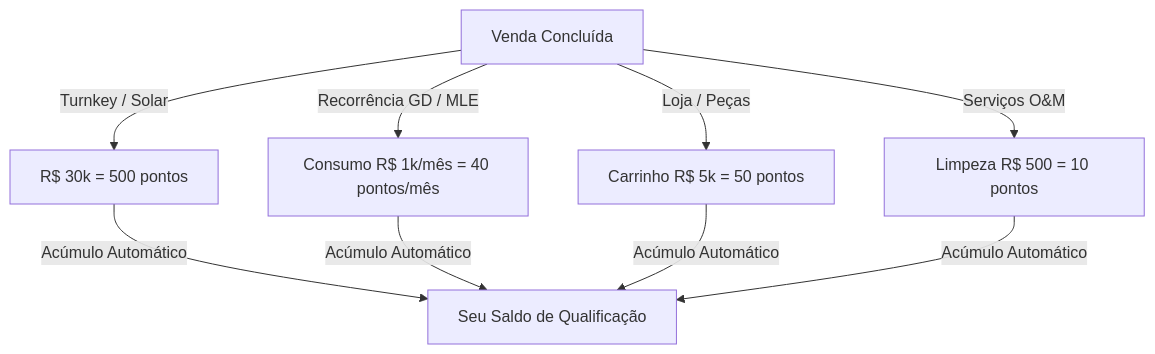
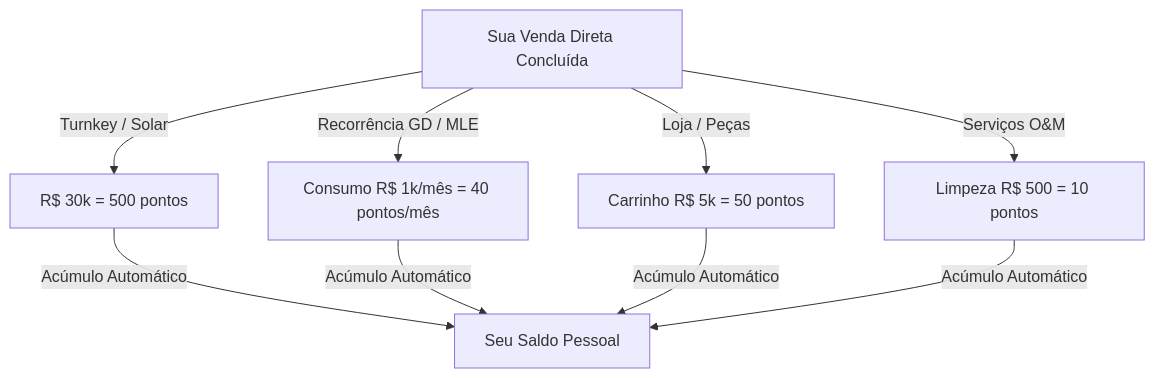
The first of 4 diagrams in docs/mapa_completo_esol_energy.md (weslleysoaresuol-svg/esolenergy), drawn with Mermaid before and after one commit. The commit also changed other lines of this file and 1 other file, not shown here.

````diff
--- a/docs/mapa_completo_esol_energy.md
+++ b/docs/mapa_completo_esol_energy.md
@@ -403,8 +403,8 @@
 ```mermaid
 graph TD
-    Venda[Venda Concluída] -->|Turnkey / Solar| P1[R$ 30k = 500 pontos]
+    Venda[Sua Venda Direta Concluída] -->|Turnkey / Solar| P1[R$ 30k = 500 pontos]
     Venda -->|Recorrência GD / MLE| P2[Consumo R$ 1k/mês = 40 pontos/mês]
     Venda -->|Loja / Peças| P3[Carrinho R$ 5k = 50 pontos]
     Venda -->|Serviços O&M| P4[Limpeza R$ 500 = 10 pontos]
-    P1 & P2 & P3 & P4 -->|Acúmulo Automático| Saldo[Seu Saldo de Qualificação]
+    P1 & P2 & P3 & P4 -->|Acúmulo Automático| Saldo[Seu Saldo Pessoal]
 ```
````
